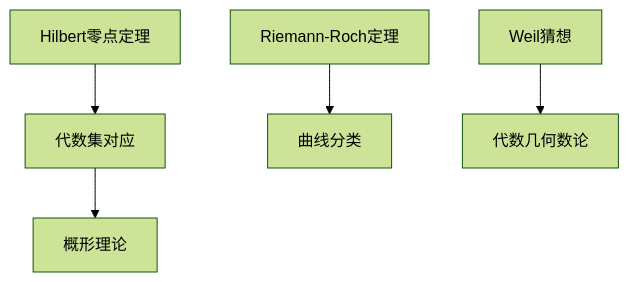
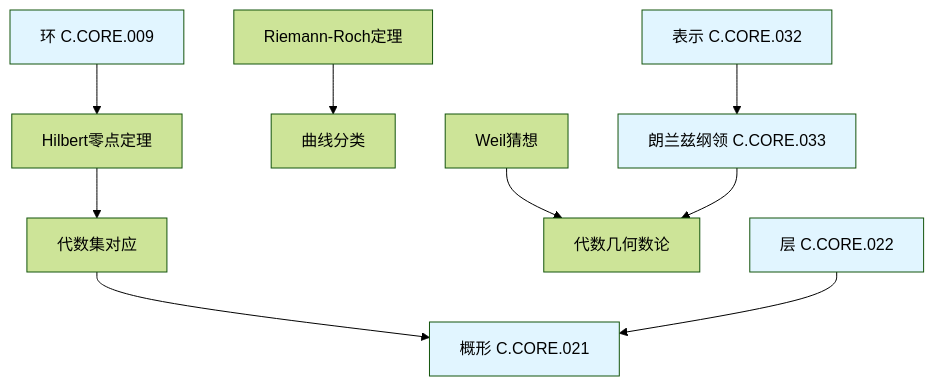
The tenth of 15 diagrams in concept/05-知识关联网络/02-定理级关联网络.md (AdaMartin18010/FormalMath), drawn with Mermaid (forest theme) before and after one commit. The commit also changed other lines of this file and 45 other files, not shown here.

````diff
--- a/concept/05-知识关联网络/02-定理级关联网络.md
+++ b/concept/05-知识关联网络/02-定理级关联网络.md
@@ -456,7 +499,17 @@
 ```mermaid
 graph TD
     A[Hilbert零点定理] --> B[代数集对应]
-    B --> C[概形理论]
+    B --> C[概形 C.CORE.021]
     D[Riemann-Roch定理] --> E[曲线分类]
     F[Weil猜想] --> G[代数几何数论]
+    H[环 C.CORE.009] --> A
+    I[层 C.CORE.022] --> C
+    J[表示 C.CORE.032] --> K[朗兰兹纲领 C.CORE.033]
+    K --> G
+
+    style C fill:#e1f5ff
+    style H fill:#e1f5ff
+    style I fill:#e1f5ff
+    style J fill:#e1f5ff
+    style K fill:#e1f5ff
 ```
````
